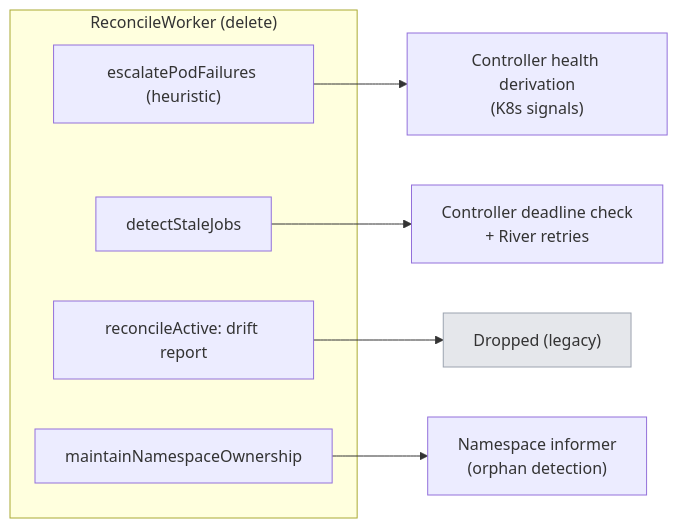
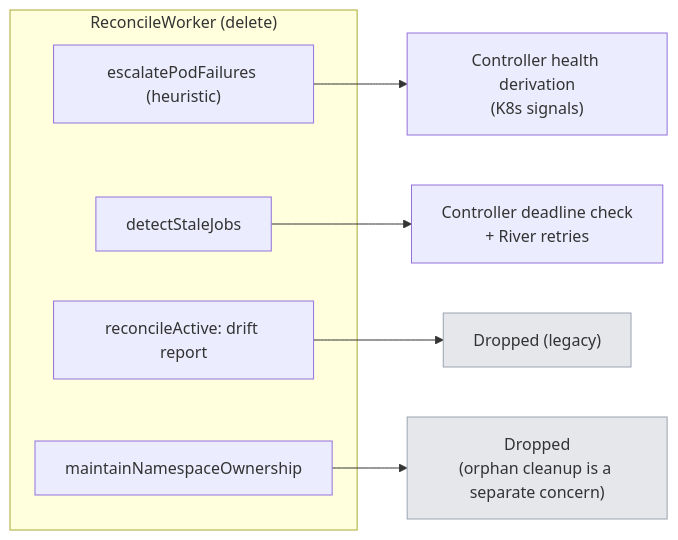
Before and after one commit to astropods/astro-cli: the tenth of 11 diagrams in docs/plans/deployment-state-tracking.md, drawn with Mermaid. The commit also changed other lines of this file and 24 other files, not shown here.

````diff
--- a/docs/plans/deployment-state-tracking.md
+++ b/docs/plans/deployment-state-tracking.md
@@ -273,14 +273,15 @@
 ```mermaid
 graph LR
   subgraph legacy["ReconcileWorker (delete)"]
     L1["escalatePodFailures (heuristic)"]
     L2["detectStaleJobs"]
     L4["reconcileActive: drift report"]
     L5["maintainNamespaceOwnership"]
   end
   L1 --> N1["Controller health derivation<br/>(K8s signals)"]
   L2 --> N2["Controller deadline check<br/>+ River retries"]
   L4 --> N4["Dropped (legacy)"]
-  L5 --> N5["Namespace informer<br/>(orphan detection)"]
+  L5 --> N5["Dropped<br/>(orphan cleanup is a separate concern)"]
   style N4 fill:#e5e7eb,stroke:#9ca3af
+  style N5 fill:#e5e7eb,stroke:#9ca3af
 ```
````
